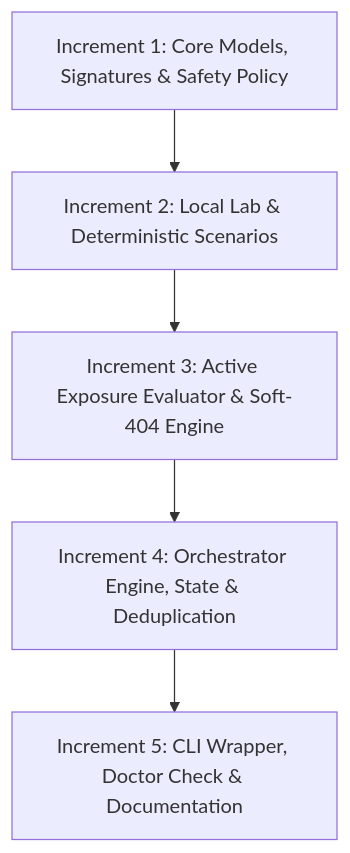
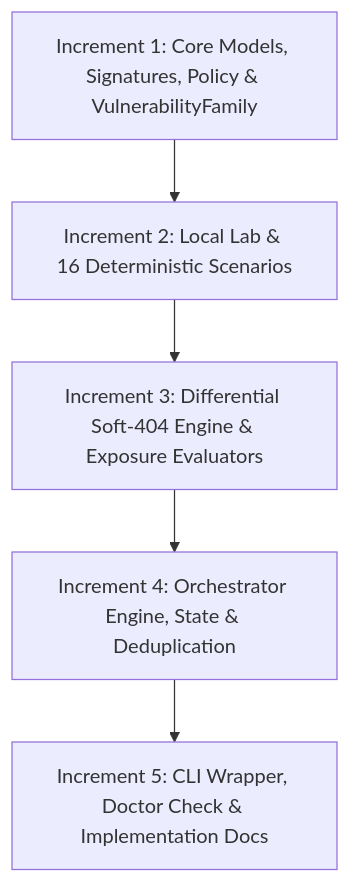
The second of 2 diagrams in docs/PHASE-19-PLAN.md (Veldora-0/BugBounty-Agent), drawn with Mermaid before and after one commit. The commit also changed other lines of this file, not shown here.

````diff
--- a/docs/PHASE-19-PLAN.md
+++ b/docs/PHASE-19-PLAN.md
@@ -334,7 +375,7 @@
 ```mermaid
 flowchart TD
-    Inc1["Increment 1: Core Models, Signatures & Safety Policy"] --> Inc2["Increment 2: Local Lab & Deterministic Scenarios"]
-    Inc2 --> Inc3["Increment 3: Active Exposure Evaluator & Soft-404 Engine"]
+    Inc1["Increment 1: Core Models, Signatures, Policy & VulnerabilityFamily"] --> Inc2["Increment 2: Local Lab & 16 Deterministic Scenarios"]
+    Inc2 --> Inc3["Increment 3: Differential Soft-404 Engine & Exposure Evaluators"]
     Inc3 --> Inc4["Increment 4: Orchestrator Engine, State & Deduplication"]
-    Inc4 --> Inc5["Increment 5: CLI Wrapper, Doctor Check & Documentation"]
+    Inc4 --> Inc5["Increment 5: CLI Wrapper, Doctor Check & Implementation Docs"]
 ```
````
